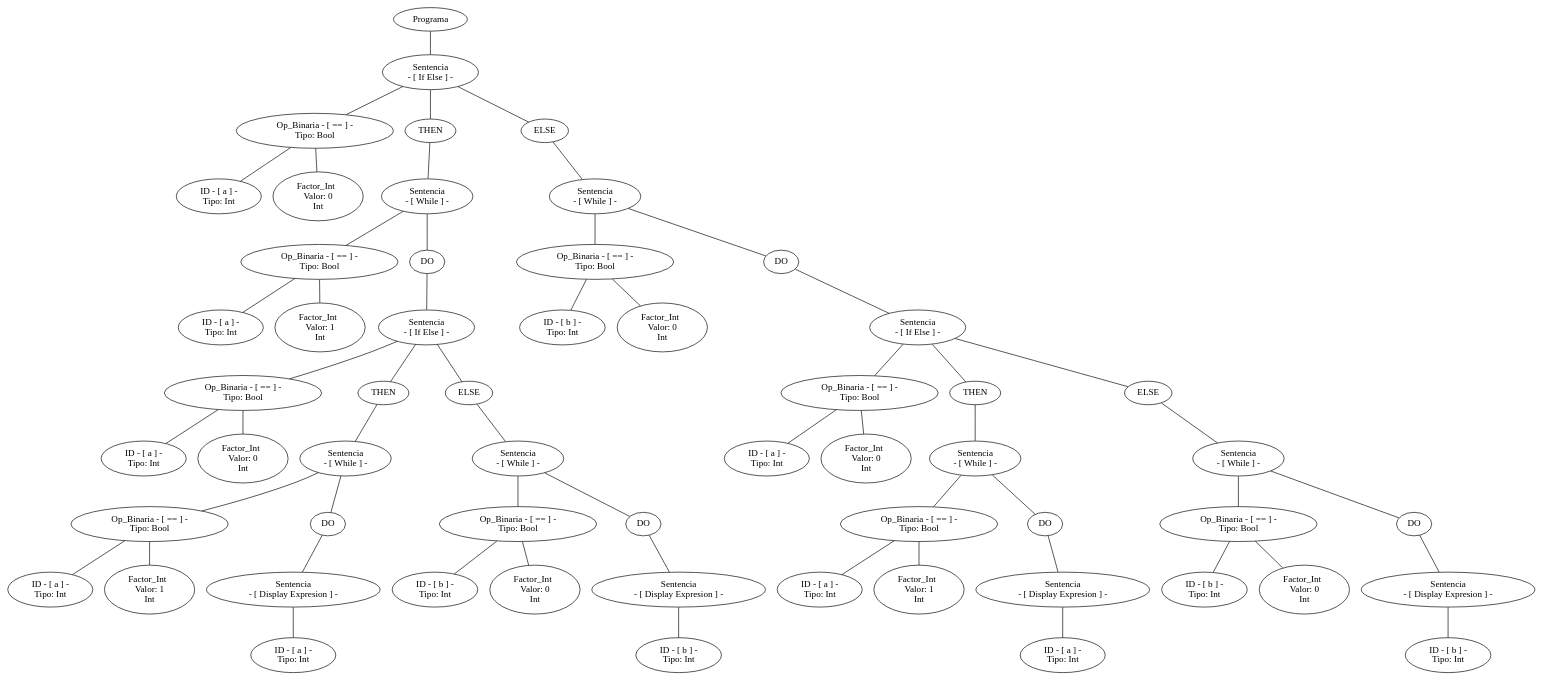
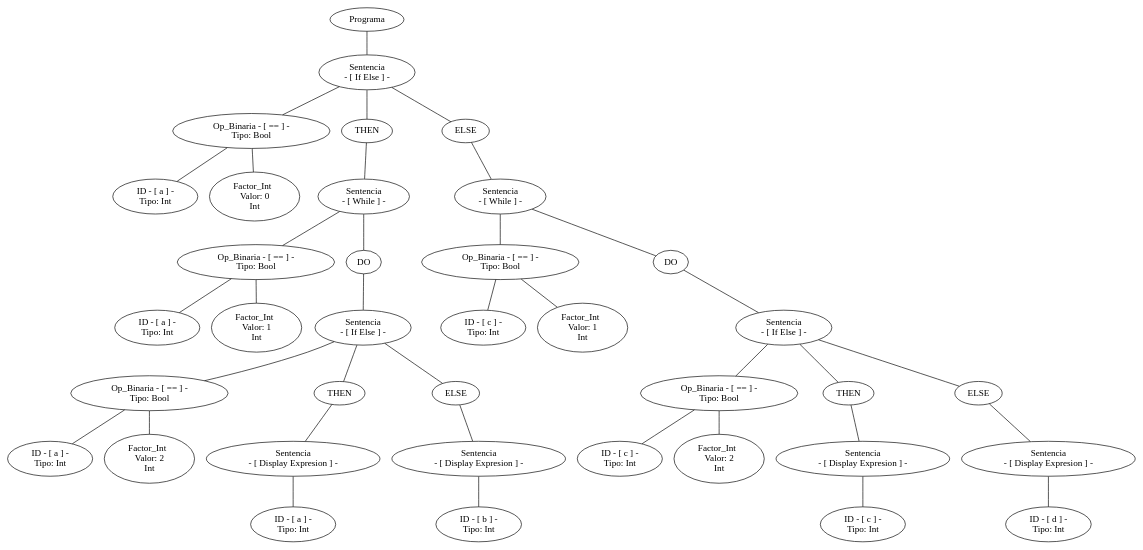
The diagram in arbol.dot (SantiPerez17/Compiladores), drawn with Graphviz before and after one commit. The commit also changed 8 other files, not shown here.

```diff
--- a/arbol.dot
+++ b/arbol.dot
@@ -1,167 +1,107 @@
 graph G {nodo_programa[label="Programa"]
-nodo_1997190315[label="Sentencia
+nodo_410574152[label="Sentencia
  - [ If Else ] -"]
-nodo_programa--nodo_1997190315
-nodo_684943019[label=" Op_Binaria - [ == ] - 
+nodo_programa--nodo_410574152
+nodo_463867169[label=" Op_Binaria - [ == ] - 
  Tipo: Bool"]
-nodo_1997190315--nodo_684943019
-nodo_338222234[label=" ID - [ a ] - 
+nodo_410574152--nodo_463867169
+nodo_1775156878[label=" ID - [ a ] - 
  Tipo: Int"]
-nodo_684943019--nodo_338222234
-nodo_262436813[label="Factor_Int  
+nodo_463867169--nodo_1775156878
+nodo_1889404245[label="Factor_Int  
  Valor: 0 
 Int"]
-nodo_684943019--nodo_262436813
-nodo_19971903151[label="THEN"]
-nodo_1997190315--nodo_19971903151
-nodo_1956043333[label="Sentencia
+nodo_463867169--nodo_1889404245
+nodo_4105741521[label="THEN"]
+nodo_410574152--nodo_4105741521
+nodo_1612532337[label="Sentencia
  - [ While ] -"]
-nodo_19971903151--nodo_1956043333
-nodo_1287172987[label=" Op_Binaria - [ == ] - 
+nodo_4105741521--nodo_1612532337
+nodo_605227633[label=" Op_Binaria - [ == ] - 
  Tipo: Bool"]
-nodo_1956043333--nodo_1287172987
-nodo_848329836[label=" ID - [ a ] - 
+nodo_1612532337--nodo_605227633
+nodo_462559149[label=" ID - [ a ] - 
  Tipo: Int"]
-nodo_1287172987--nodo_848329836
-nodo_1611573928[label="Factor_Int  
+nodo_605227633--nodo_462559149
+nodo_813239062[label="Factor_Int  
  Valor: 1 
 Int"]
-nodo_1287172987--nodo_1611573928
-nodo_19560433331[label="DO"]
-nodo_1956043333--nodo_19560433331
-nodo_920240274[label="Sentencia
+nodo_605227633--nodo_813239062
+nodo_16125323371[label="DO"]
+nodo_1612532337--nodo_16125323371
+nodo_1059540439[label="Sentencia
  - [ If Else ] -"]
-nodo_19560433331--nodo_920240274
-nodo_1541519971[label=" Op_Binaria - [ == ] - 
+nodo_16125323371--nodo_1059540439
+nodo_2089422796[label=" Op_Binaria - [ == ] - 
  Tipo: Bool"]
-nodo_920240274--nodo_1541519971
-nodo_2137875065[label=" ID - [ a ] - 
+nodo_1059540439--nodo_2089422796
+nodo_267896023[label=" ID - [ a ] - 
  Tipo: Int"]
-nodo_1541519971--nodo_2137875065
-nodo_1311703780[label="Factor_Int  
- Valor: 0 
+nodo_2089422796--nodo_267896023
+nodo_80975355[label="Factor_Int  
+ Valor: 2 
 Int"]
-nodo_1541519971--nodo_1311703780
-nodo_9202402741[label="THEN"]
-nodo_920240274--nodo_9202402741
-nodo_1679239782[label="Sentencia
+nodo_2089422796--nodo_80975355
+nodo_10595404391[label="THEN"]
+nodo_1059540439--nodo_10595404391
+nodo_859768763[label="Sentencia
+ - [ Display Expresion ] -"]
+nodo_10595404391--nodo_859768763
+nodo_1081524910[label=" ID - [ a ] - 
+ Tipo: Int"]
+nodo_859768763--nodo_1081524910
+nodo_10595404392[label="ELSE"]
+nodo_1059540439--nodo_10595404392
+nodo_178166013[label="Sentencia
+ - [ Display Expresion ] -"]
+nodo_10595404392--nodo_178166013
+nodo_1901302008[label=" ID - [ b ] - 
+ Tipo: Int"]
+nodo_178166013--nodo_1901302008
+nodo_4105741522[label="ELSE"]
+nodo_410574152--nodo_4105741522
+nodo_472592907[label="Sentencia
  - [ While ] -"]
-nodo_9202402741--nodo_1679239782
-nodo_1882138007[label=" Op_Binaria - [ == ] - 
+nodo_4105741522--nodo_472592907
+nodo_61690075[label=" Op_Binaria - [ == ] - 
  Tipo: Bool"]
-nodo_1679239782--nodo_1882138007
-nodo_1380706575[label=" ID - [ a ] - 
+nodo_472592907--nodo_61690075
+nodo_1153360509[label=" ID - [ c ] - 
  Tipo: Int"]
-nodo_1882138007--nodo_1380706575
-nodo_1176582037[label="Factor_Int  
+nodo_61690075--nodo_1153360509
+nodo_1106396872[label="Factor_Int  
  Valor: 1 
 Int"]
-nodo_1882138007--nodo_1176582037
-nodo_16792397821[label="DO"]
-nodo_1679239782--nodo_16792397821
-nodo_734346516[label="Sentencia
+nodo_61690075--nodo_1106396872
+nodo_4725929071[label="DO"]
+nodo_472592907--nodo_4725929071
+nodo_981838298[label="Sentencia
+ - [ If Else ] -"]
+nodo_4725929071--nodo_981838298
+nodo_1776336855[label=" Op_Binaria - [ == ] - 
+ Tipo: Bool"]
+nodo_981838298--nodo_1776336855
+nodo_166321181[label=" ID - [ c ] - 
+ Tipo: Int"]
+nodo_1776336855--nodo_166321181
+nodo_980908631[label="Factor_Int  
+ Valor: 2 
+Int"]
+nodo_1776336855--nodo_980908631
+nodo_9818382981[label="THEN"]
+nodo_981838298--nodo_9818382981
+nodo_1206660229[label="Sentencia
  - [ Display Expresion ] -"]
-nodo_16792397821--nodo_734346516
-nodo_650885971[label=" ID - [ a ] - 
+nodo_9818382981--nodo_1206660229
+nodo_10621368[label=" ID - [ c ] - 
  Tipo: Int"]
-nodo_734346516--nodo_650885971
-nodo_9202402742[label="ELSE"]
-nodo_920240274--nodo_9202402742
-nodo_1669290738[label="Sentencia
- - [ While ] -"]
-nodo_9202402742--nodo_1669290738
-nodo_341325162[label=" Op_Binaria - [ == ] - 
- Tipo: Bool"]
-nodo_1669290738--nodo_341325162
-nodo_1830660334[label=" ID - [ b ] - 
+nodo_1206660229--nodo_10621368
+nodo_9818382982[label="ELSE"]
+nodo_981838298--nodo_9818382982
+nodo_716849892[label="Sentencia
+ - [ Display Expresion ] -"]
+nodo_9818382982--nodo_716849892
+nodo_1187529709[label=" ID - [ d ] - 
  Tipo: Int"]
-nodo_341325162--nodo_1830660334
-nodo_385320765[label="Factor_Int  
- Valor: 0 
-Int"]
-nodo_341325162--nodo_385320765
-nodo_16692907381[label="DO"]
-nodo_1669290738--nodo_16692907381
-nodo_1226564227[label="Sentencia
- - [ Display Expresion ] -"]
-nodo_16692907381--nodo_1226564227
-nodo_1229027741[label=" ID - [ b ] - 
- Tipo: Int"]
-nodo_1226564227--nodo_1229027741
-nodo_19971903152[label="ELSE"]
-nodo_1997190315--nodo_19971903152
-nodo_325035967[label="Sentencia
- - [ While ] -"]
-nodo_19971903152--nodo_325035967
-nodo_60542322[label=" Op_Binaria - [ == ] - 
- Tipo: Bool"]
-nodo_325035967--nodo_60542322
-nodo_1653551534[label=" ID - [ b ] - 
- Tipo: Int"]
-nodo_60542322--nodo_1653551534
-nodo_2076069831[label="Factor_Int  
- Valor: 0 
-Int"]
-nodo_60542322--nodo_2076069831
-nodo_3250359671[label="DO"]
-nodo_325035967--nodo_3250359671
-nodo_1868513703[label="Sentencia
- - [ If Else ] -"]
-nodo_3250359671--nodo_1868513703
-nodo_1397591194[label=" Op_Binaria - [ == ] - 
- Tipo: Bool"]
-nodo_1868513703--nodo_1397591194
-nodo_1100835766[label=" ID - [ a ] - 
- Tipo: Int"]
-nodo_1397591194--nodo_1100835766
-nodo_1510223978[label="Factor_Int  
- Valor: 0 
-Int"]
-nodo_1397591194--nodo_1510223978
-nodo_18685137031[label="THEN"]
-nodo_1868513703--nodo_18685137031
-nodo_447053851[label="Sentencia
- - [ While ] -"]
-nodo_18685137031--nodo_447053851
-nodo_1610007270[label=" Op_Binaria - [ == ] - 
- Tipo: Bool"]
-nodo_447053851--nodo_1610007270
-nodo_249576412[label=" ID - [ a ] - 
- Tipo: Int"]
-nodo_1610007270--nodo_249576412
-nodo_604647789[label="Factor_Int  
- Valor: 1 
-Int"]
-nodo_1610007270--nodo_604647789
-nodo_4470538511[label="DO"]
-nodo_447053851--nodo_4470538511
-nodo_1875985877[label="Sentencia
- - [ Display Expresion ] -"]
-nodo_4470538511--nodo_1875985877
-nodo_1616948446[label=" ID - [ a ] - 
- Tipo: Int"]
-nodo_1875985877--nodo_1616948446
-nodo_18685137032[label="ELSE"]
-nodo_1868513703--nodo_18685137032
-nodo_989629449[label="Sentencia
- - [ While ] -"]
-nodo_18685137032--nodo_989629449
-nodo_1943327821[label=" Op_Binaria - [ == ] - 
- Tipo: Bool"]
-nodo_989629449--nodo_1943327821
-nodo_1932365915[label=" ID - [ b ] - 
- Tipo: Int"]
-nodo_1943327821--nodo_1932365915
-nodo_374260924[label="Factor_Int  
- Valor: 0 
-Int"]
-nodo_1943327821--nodo_374260924
-nodo_9896294491[label="DO"]
-nodo_989629449--nodo_9896294491
-nodo_1526188239[label="Sentencia
- - [ Display Expresion ] -"]
-nodo_9896294491--nodo_1526188239
-nodo_1162291060[label=" ID - [ b ] - 
- Tipo: Int"]
-nodo_1526188239--nodo_1162291060
+nodo_716849892--nodo_1187529709
 }
```
